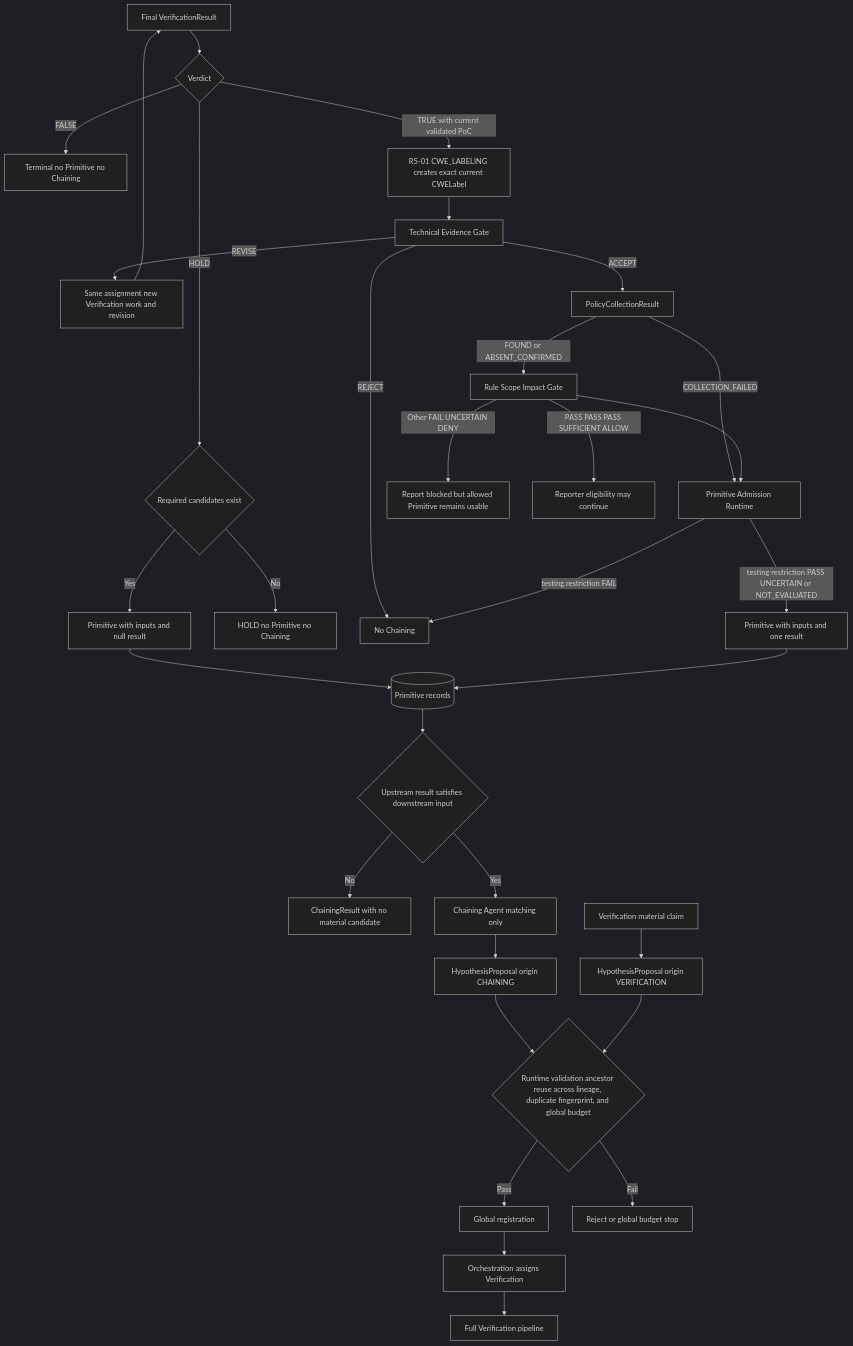
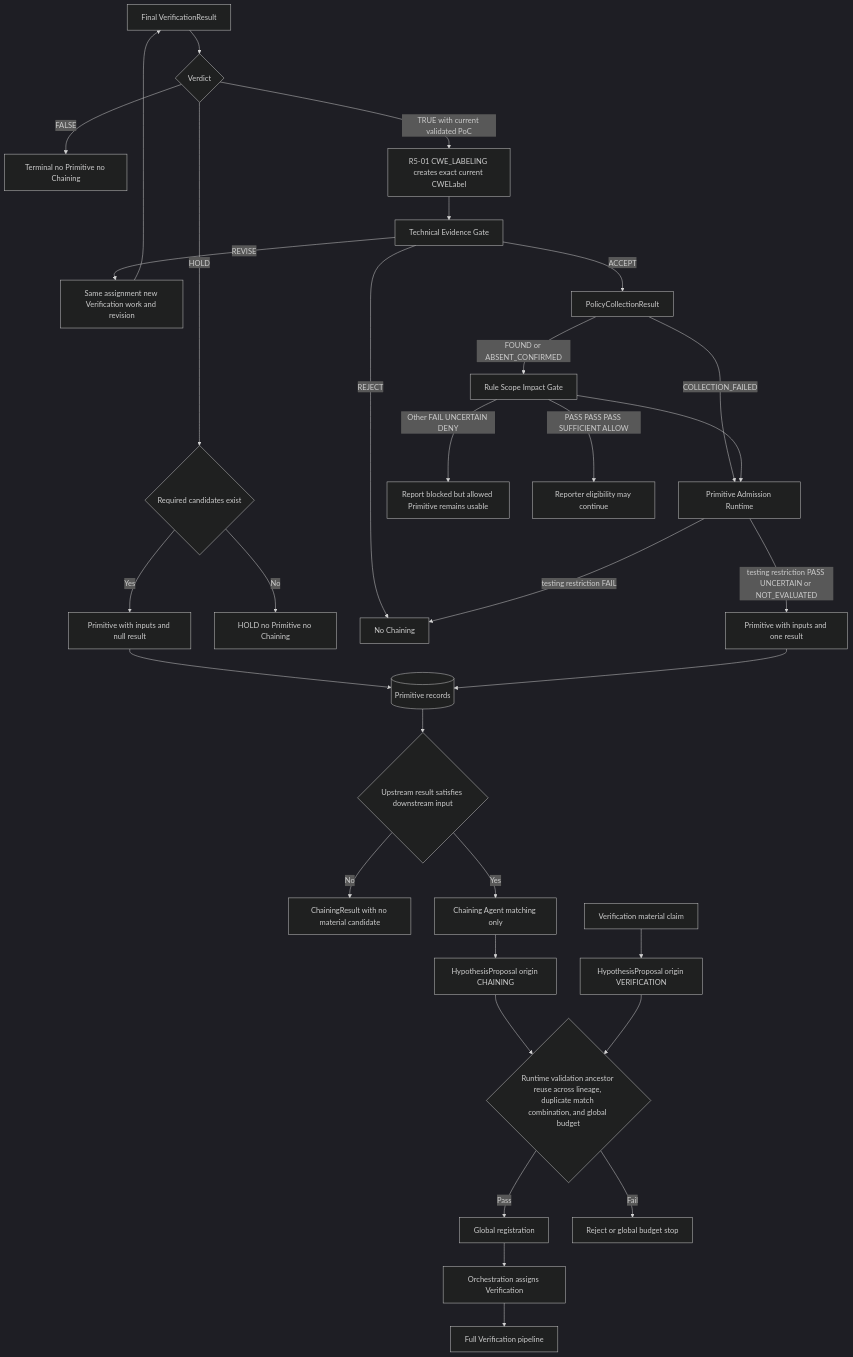
One commit to SASTsimi/sastsimi changed the fifth of 13 diagrams in docs/architecture-v5/13-architecture-diagrams.md. Above: the diagram before and after it, drawn with Mermaid (dark theme). The commit also changed 10 other files, not shown here.

First line of the commit message:
docs(r1): replace chaining fingerprint with match reference key

````diff
--- a/docs/architecture-v5/13-architecture-diagrams.md
+++ b/docs/architecture-v5/13-architecture-diagrams.md
@@ -223,34 +223,34 @@
 ```mermaid
 flowchart TB
     VR[Final VerificationResult] --> KIND{Verdict}
     KIND -->|FALSE| CLOSED[Terminal no Primitive no Chaining]
     KIND -->|HOLD| HREQ{Required candidates exist}
     HREQ -->|Yes| REQUIRED[Primitive with inputs and null result]
     HREQ -->|No| HEND[HOLD no Primitive no Chaining]
     KIND -->|TRUE with current validated PoC| CWE[R5-01 CWE_LABELING creates exact current CWELabel]
     CWE --> TECH[Technical Evidence Gate]
     TECH -->|REVISE| SAME[Same assignment new Verification work and revision]
     SAME --> VR
     TECH -->|REJECT| NOCHAIN[No Chaining]
     TECH -->|ACCEPT| COLLECT[PolicyCollectionResult]
     COLLECT -->|FOUND or ABSENT_CONFIRMED| RULE[Rule Scope Impact Gate]
     COLLECT -->|COLLECTION_FAILED| ADMIT[Primitive Admission Runtime]
     RULE --> ADMIT
     ADMIT -->|testing restriction PASS UNCERTAIN or NOT_EVALUATED| PROVIDED[Primitive with inputs and one result]
     ADMIT -->|testing restriction FAIL| NOCHAIN
     RULE -->|Other FAIL UNCERTAIN DENY| REPORTBLOCK[Report blocked but allowed Primitive remains usable]
     RULE -->|PASS PASS PASS SUFFICIENT ALLOW| REPORTOK[Reporter eligibility may continue]
     REQUIRED --> PDB[(Primitive records)]
     PROVIDED --> PDB
     PDB --> MATCH{Upstream result satisfies downstream input}
     MATCH -->|No| RECORD[ChainingResult with no material candidate]
     MATCH -->|Yes| CHAIN[Chaining Agent matching only]
     CHAIN --> NEW[HypothesisProposal origin CHAINING]
-    NEW --> LIMIT{Runtime validation ancestor reuse across lineage, duplicate fingerprint, and global budget}
+    NEW --> LIMIT{Runtime validation ancestor reuse across lineage, duplicate match combination, and global budget}
     LIMIT -->|Pass| REGISTER[Global registration]
     LIMIT -->|Fail| STOP[Reject or global budget stop]
     REGISTER --> ORCH[Orchestration assigns Verification]
     ORCH --> VERIFY[Full Verification pipeline]
     VMAT[Verification material claim] --> VNEW[HypothesisProposal origin VERIFICATION]
     VNEW --> LIMIT
 ```
````
